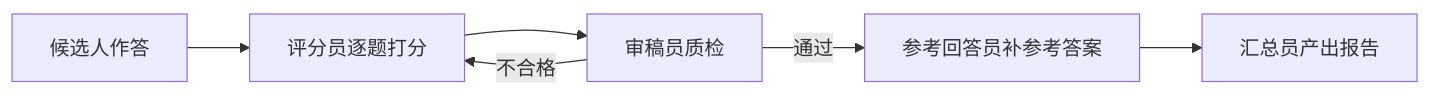
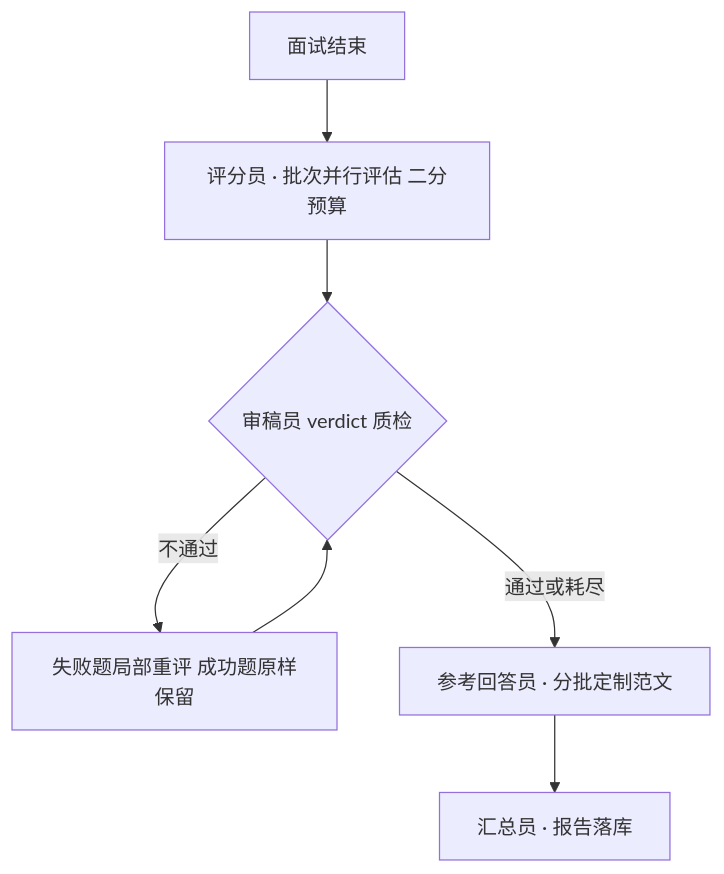
One commit to Sakura-hexo/mockInterview changed the third of 3 diagrams in README.md. Above: the diagram before and after it, drawn with Mermaid. The commit also changed other lines of this file, not shown here.

Commit message:
docs: README 新增系统架构段——双线编排三工作流图、纠偏决策表与耗时演进实测

````diff
--- a/README.md
+++ b/README.md
@@ -28,8 +85,9 @@
 ```mermaid
-flowchart LR
-    A[候选人作答] --> B[评分员逐题打分]
-    B --> C[审稿员质检]
-    C -- 不合格 --> B
-    C -- 通过 --> D[参考回答员补参考答案]
-    D --> E[汇总员产出报告]
+flowchart TD
+    A[面试结束] --> B["评分员 · 批次并行评估 二分预算"]
+    B --> C{审稿员 verdict 质检}
+    C -- 不通过 --> D["失败题局部重评 成功题原样保留"]
+    D --> C
+    C -- 通过或耗尽 --> E["参考回答员 · 分批定制范文"]
+    E --> F["汇总员 · 报告落库"]
 ```
````
